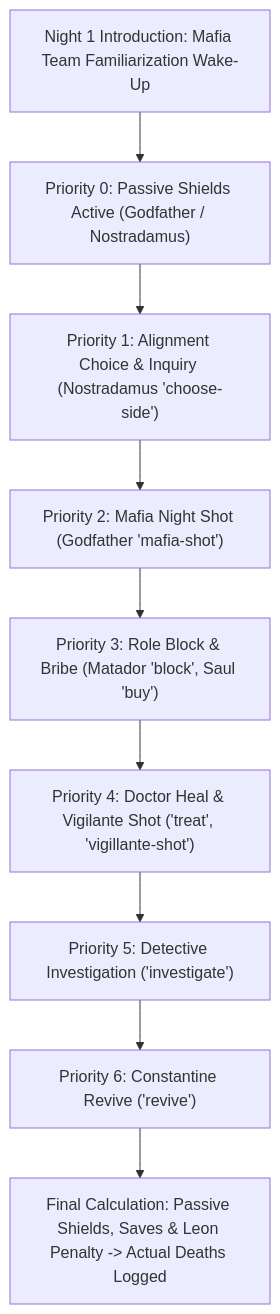
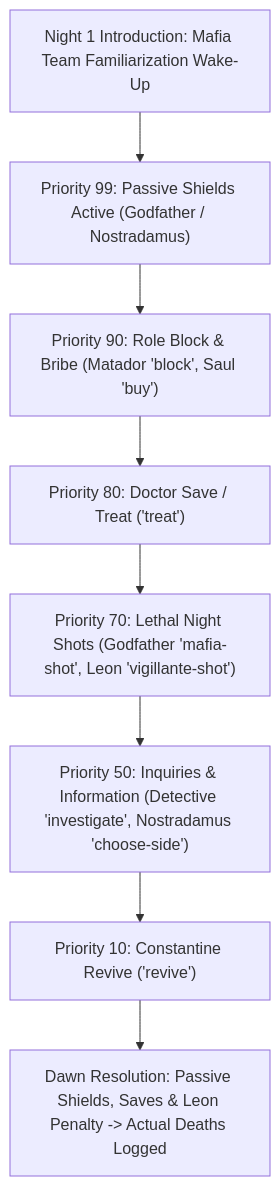
Before and after one commit to aheristchian/mpga: the diagram in docs/rules.md, drawn with Mermaid. The commit also changed other lines of this file and 1 other file, not shown here.

Commit message:
docs(roadmap): expand roadmap with declarative modding engine action UX and priority ladder

````diff
--- a/docs/rules.md
+++ b/docs/rules.md
@@ -92,14 +92,13 @@
 ```mermaid
 flowchart TD
     N1["Night 1 Introduction: Mafia Team Familiarization Wake-Up"]
-    P0["Priority 0: Passive Shields Active (Godfather / Nostradamus)"]
-    P1["Priority 1: Alignment Choice & Inquiry (Nostradamus 'choose-side')"]
-    P2["Priority 2: Mafia Night Shot (Godfather 'mafia-shot')"]
-    P3["Priority 3: Role Block & Bribe (Matador 'block', Saul 'buy')"]
-    P4["Priority 4: Doctor Heal & Vigilante Shot ('treat', 'vigillante-shot')"]
-    P5["Priority 5: Detective Investigation ('investigate')"]
-    P6["Priority 6: Constantine Revive ('revive')"]
-    DEATHS["Final Calculation: Passive Shields, Saves & Leon Penalty -> Actual Deaths Logged"]
+    P99["Priority 99: Passive Shields Active (Godfather / Nostradamus)"]
+    P90["Priority 90: Role Block & Bribe (Matador 'block', Saul 'buy')"]
+    P80["Priority 80: Doctor Save / Treat ('treat')"]
+    P70["Priority 70: Lethal Night Shots (Godfather 'mafia-shot', Leon 'vigillante-shot')"]
+    P50["Priority 50: Inquiries & Information (Detective 'investigate', Nostradamus 'choose-side')"]
+    P10["Priority 10: Constantine Revive ('revive')"]
+    DEATHS["Dawn Resolution: Passive Shields, Saves & Leon Penalty -> Actual Deaths Logged"]
 
-    N1 --> P0 --> P1 --> P2 --> P3 --> P4 --> P5 --> P6 --> DEATHS
+    N1 --> P99 --> P90 --> P80 --> P70 --> P50 --> P10 --> DEATHS
 ```
````
